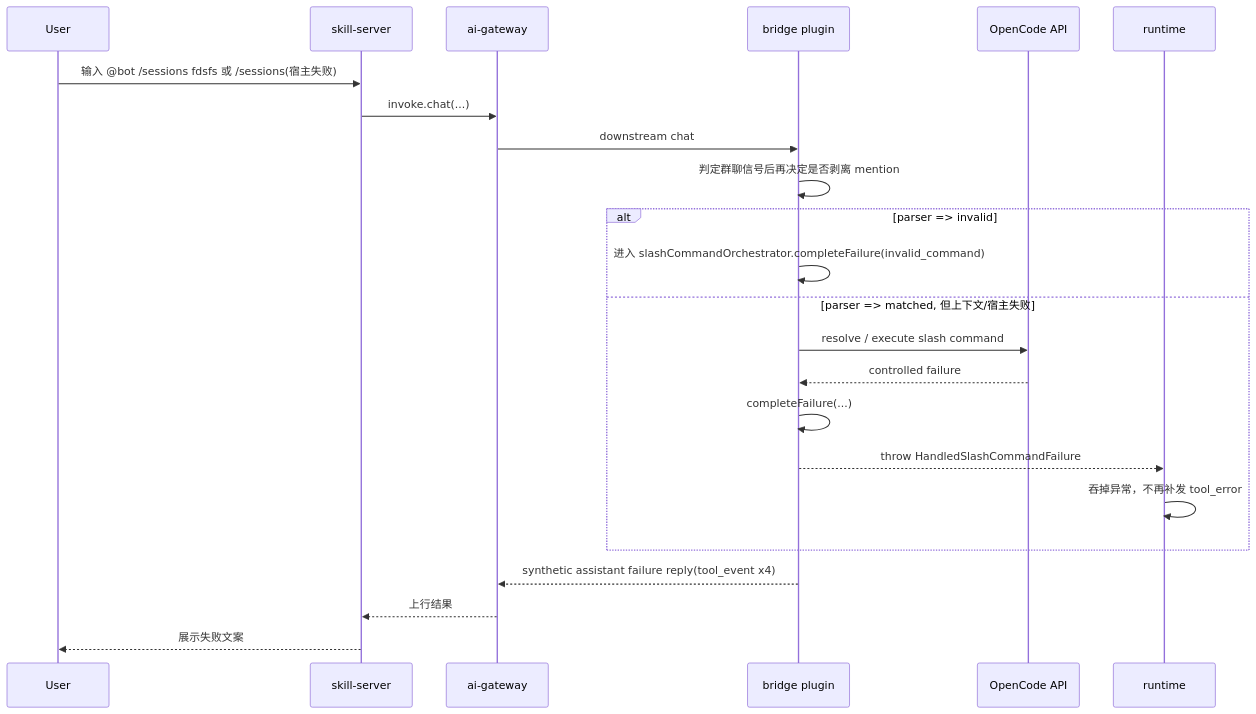
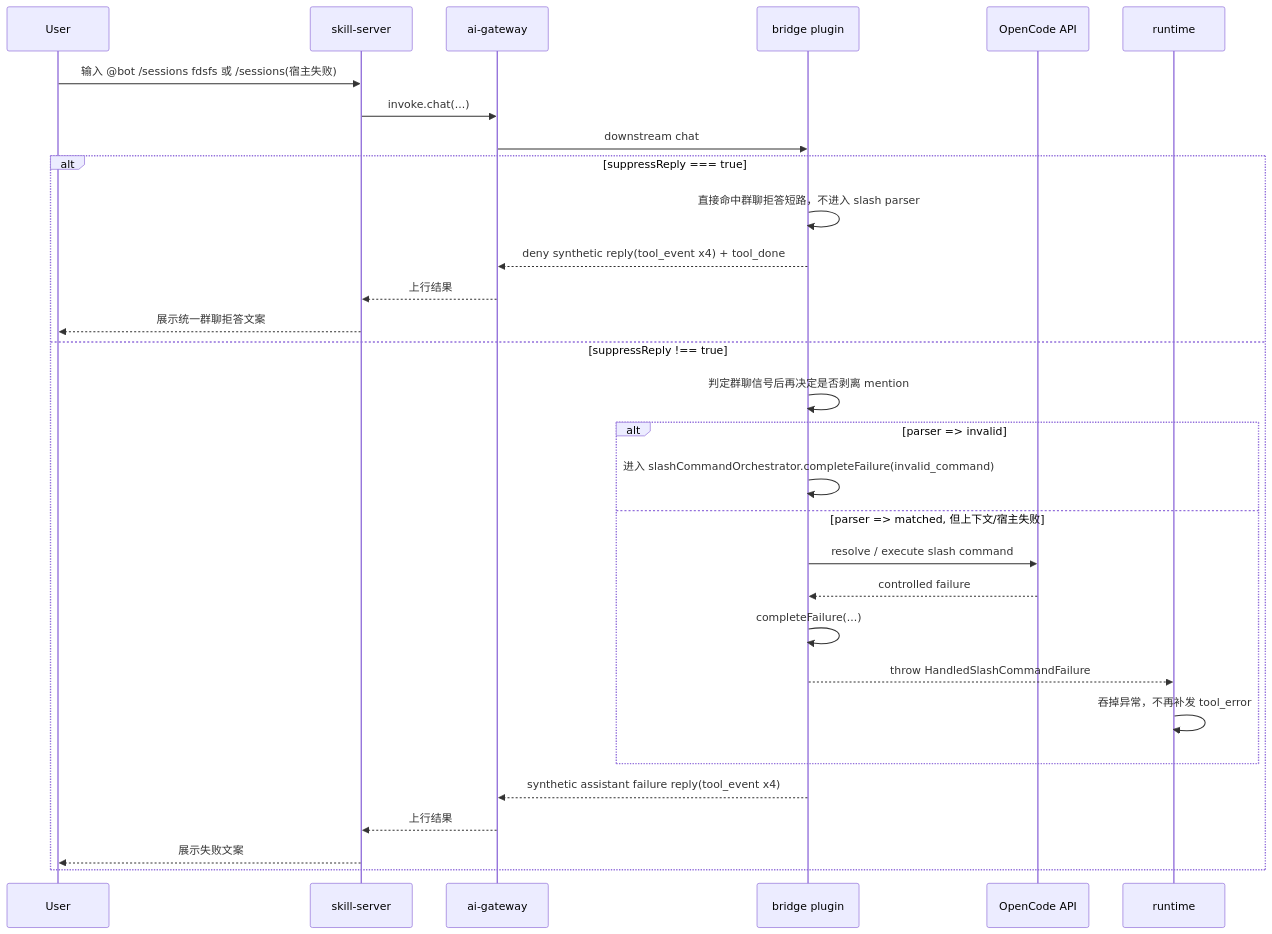
One commit to yuzhangCZ/agent-plugin changed the fourth of 15 diagrams in docs/design/message-bridge-slash-commands-solution.md. Above: the diagram before and after it, drawn with Mermaid. The commit also changed other lines of this file and 1 other file, not shown here.

Commit message:
docs: clarify slash command deny priority

````diff
--- a/docs/design/message-bridge-slash-commands-solution.md
+++ b/docs/design/message-bridge-slash-commands-solution.md
@@ -709,26 +722,33 @@
 ```mermaid
 sequenceDiagram
   participant U as User
   participant SS as skill-server
   participant GW as ai-gateway
   participant MB as bridge plugin
   participant OC as OpenCode API
   participant RT as runtime
 
   U->>SS: 输入 @bot /sessions fdsfs 或 /sessions(宿主失败)
   SS->>GW: invoke.chat(...)
   GW->>MB: downstream chat
-  MB->>MB: 判定群聊信号后再决定是否剥离 mention
+  alt suppressReply === true
+    MB->>MB: 直接命中群聊拒答短路，不进入 slash parser
+    MB-->>GW: deny synthetic reply(tool_event x4) + tool_done
+    GW-->>SS: 上行结果
+    SS-->>U: 展示统一群聊拒答文案
+  else suppressReply !== true
+    MB->>MB: 判定群聊信号后再决定是否剥离 mention
   alt parser => invalid
     MB->>MB: 进入 slashCommandOrchestrator.completeFailure(invalid_command)
   else parser => matched, 但上下文/宿主失败
     MB->>OC: resolve / execute slash command
     OC-->>MB: controlled failure
     MB->>MB: completeFailure(...)
     MB-->>RT: throw HandledSlashCommandFailure
     RT->>RT: 吞掉异常，不再补发 tool_error
   end
   MB-->>GW: synthetic assistant failure reply(tool_event x4)
   GW-->>SS: 上行结果
   SS-->>U: 展示失败文案
+  end
 ```
````
